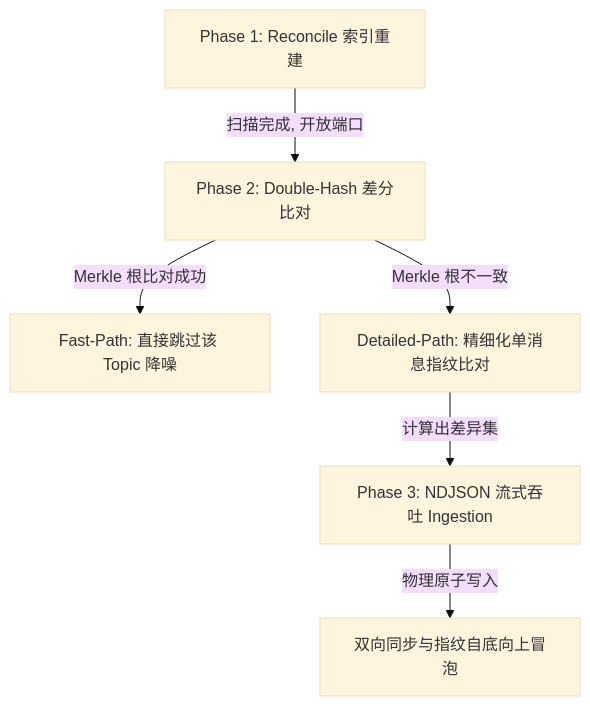
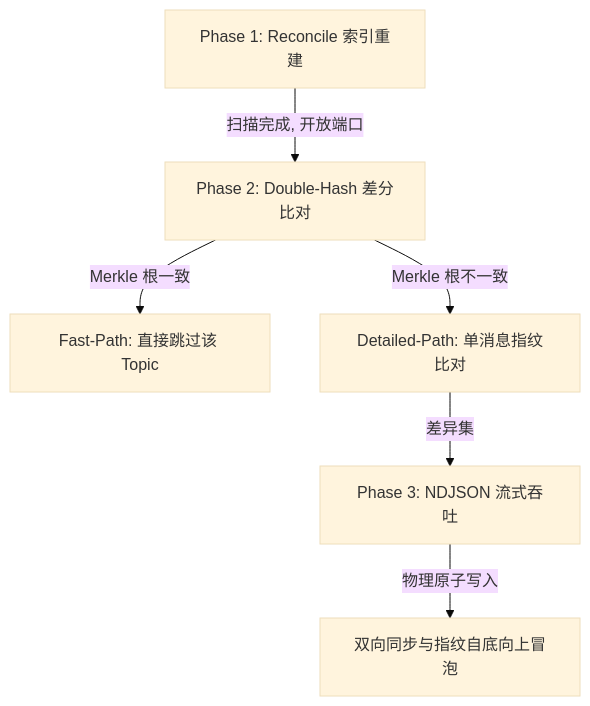
Before and after one commit to lioensky/VCPChat: the diagram in VCPDistributedServer/Plugin/VCPMobileSync/README.md, drawn with Mermaid (base theme). The commit also changed other lines of this file, not shown here.

````diff
--- a/VCPDistributedServer/Plugin/VCPMobileSync/README.md
+++ b/VCPDistributedServer/Plugin/VCPMobileSync/README.md
@@ -158,8 +133,8 @@
 ```mermaid
 graph TD
     A[Phase 1: Reconcile 索引重建] -->|扫描完成, 开放端口| B[Phase 2: Double-Hash 差分比对]
-    B -->|Merkle 根比对成功| C[Fast-Path: 直接跳过该 Topic 降噪]
-    B -->|Merkle 根不一致| D[Detailed-Path: 精细化单消息指纹比对]
-    D -->|计算出差异集| E[Phase 3: NDJSON 流式吞吐 Ingestion]
+    B -->|Merkle 根一致| C[Fast-Path: 直接跳过该 Topic]
+    B -->|Merkle 根不一致| D[Detailed-Path: 单消息指纹比对]
+    D -->|差异集| E[Phase 3: NDJSON 流式吞吐]
     E -->|物理原子写入| F[双向同步与指纹自底向上冒泡]
 ```
````
